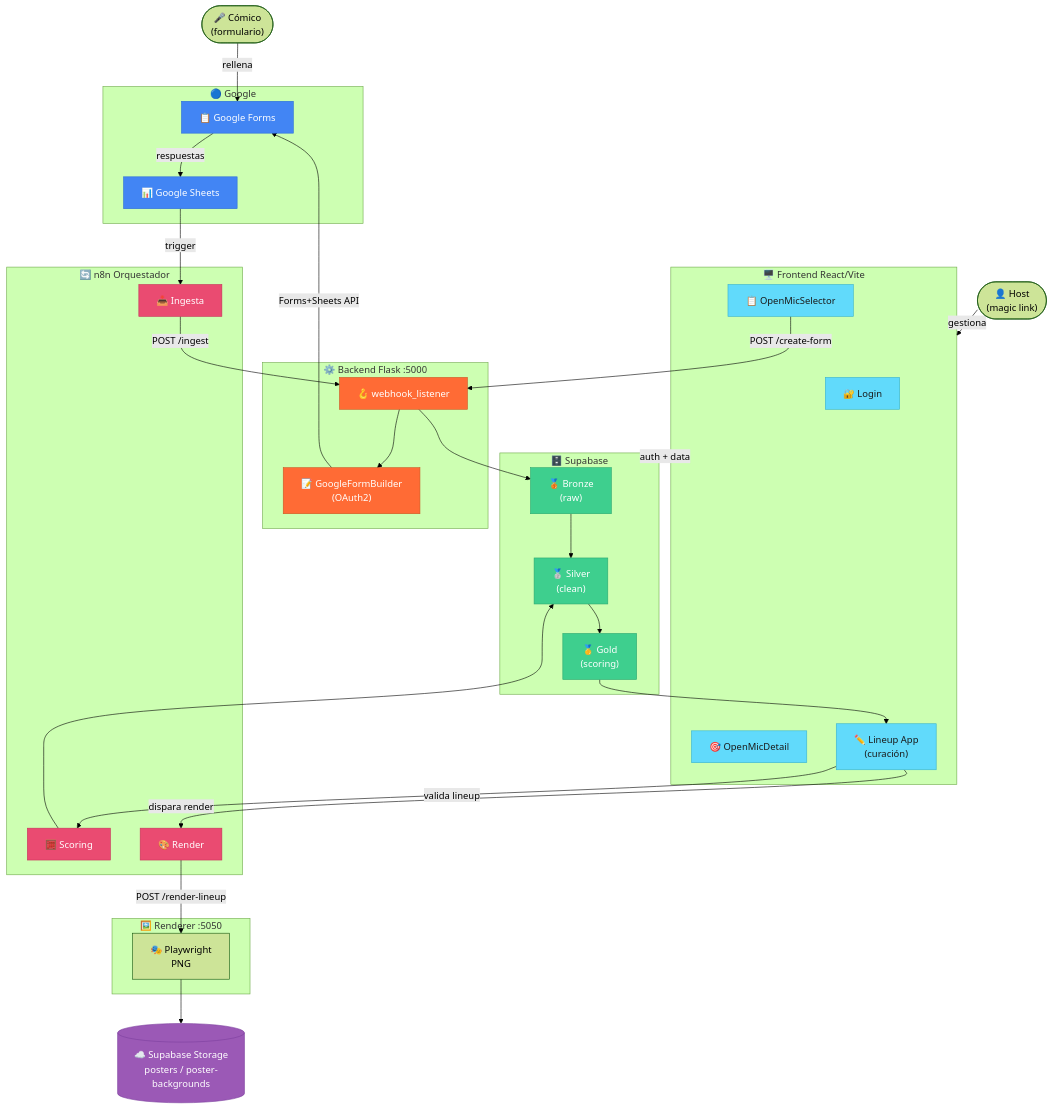
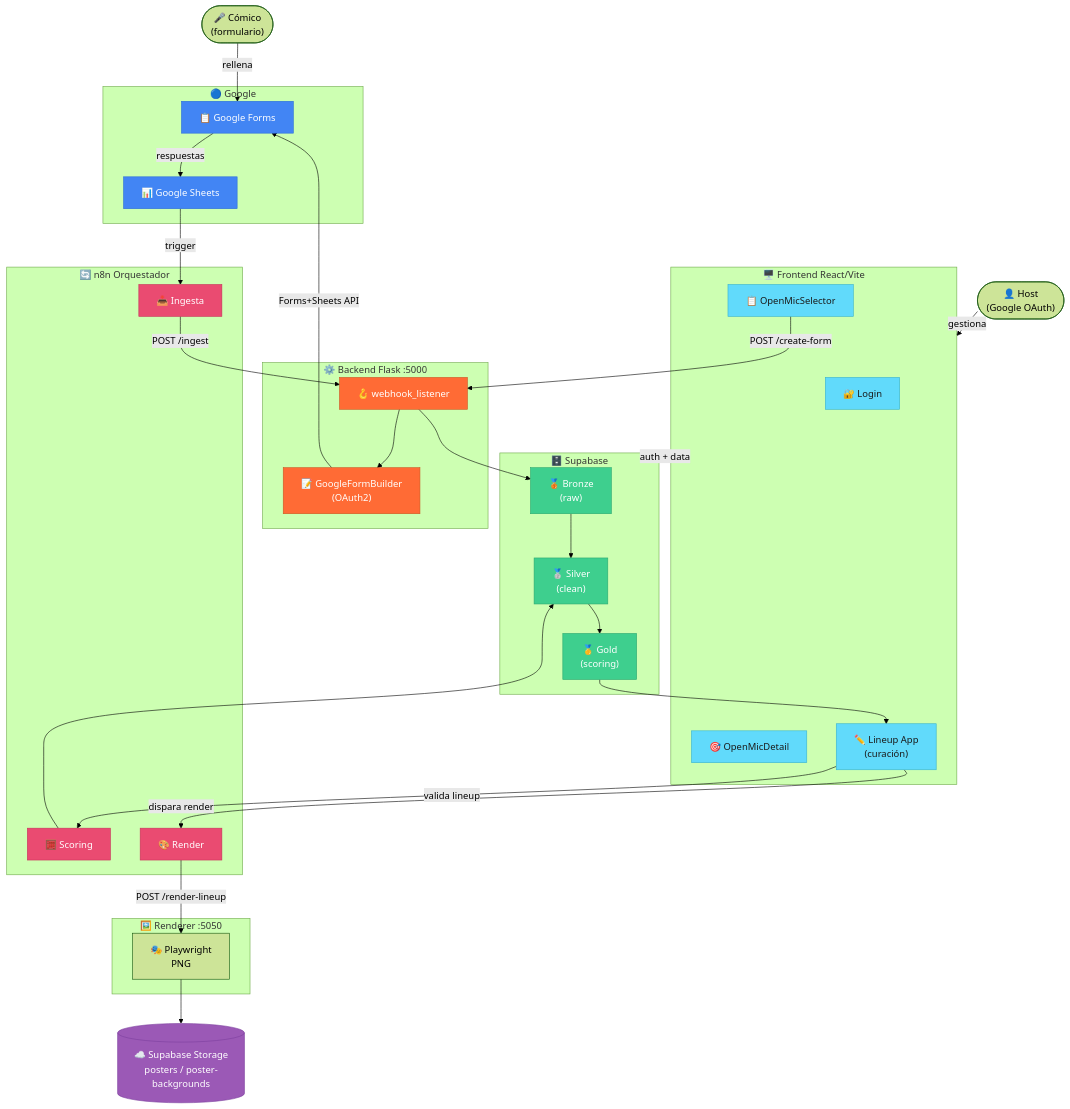
Before and after one commit to SAfonso/recova-project: the diagram in README.md, drawn with Mermaid (forest theme). The commit also changed other lines of this file and 2 other files, not shown here.

````diff
--- a/README.md
+++ b/README.md
@@ -13,80 +13,80 @@
 ```mermaid
 flowchart TD
     classDef google fill:#4285F4,color:#fff,stroke:#2a6dd9
     classDef supabase fill:#3ECF8E,color:#fff,stroke:#29a870
     classDef flask fill:#FF6B35,color:#fff,stroke:#cc5520
     classDef frontend fill:#61DAFB,color:#1a1a1a,stroke:#38b2cc
     classDef n8n fill:#EA4B71,color:#fff,stroke:#c73059
     classDef storage fill:#9B59B6,color:#fff,stroke:#7d3f9e
 
-    Host(["👤 Host\n(magic link)"])
+    Host(["👤 Host\n(Google OAuth)"])
     Comico(["🎤 Cómico\n(formulario)"])
 
     subgraph FE ["🖥️ Frontend React/Vite"]
         Login["🔐 Login"]
         Selector["📋 OpenMicSelector"]
         Detail["🎯 OpenMicDetail"]
         App["✏️ Lineup App\n(curación)"]
     end
 
     subgraph BE ["⚙️ Backend Flask :5000"]
         WH["🪝 webhook_listener"]
         FB["📝 GoogleFormBuilder\n(OAuth2)"]
     end
 
     subgraph Google ["🔵 Google"]
         GF["📋 Google Forms"]
         GS["📊 Google Sheets"]
     end
 
     subgraph Pipe ["🔄 n8n Orquestador"]
         Ingesta["📥 Ingesta"]
         Scoring["🧮 Scoring"]
         Render["🎨 Render"]
     end
 
     subgraph DB ["🗄️ Supabase"]
         Bronze["🥉 Bronze\n(raw)"]
         Silver["🥈 Silver\n(clean)"]
         Gold["🥇 Gold\n(scoring)"]
     end
 
     subgraph Renderer ["🖼️ Renderer :5050"]
         PW["🎭 Playwright\nPNG"]
     end
 
     Storage[("☁️ Supabase Storage\nposters / poster-backgrounds")]
 
     %% Flujo de formulario
     Comico -->|rellena| GF
     Host -->|gestiona| FE
     Selector -->|"POST /create-form"| WH
     WH --> FB
     FB -->|"Forms+Sheets API"| GF
     GF -->|respuestas| GS
 
     %% Ingesta
     GS -->|trigger| Ingesta
     Ingesta -->|"POST /ingest"| WH
     WH --> Bronze --> Silver --> Gold
 
     %% Curación y scoring
     Gold --> App
     App -->|valida lineup| Scoring
     Scoring --> Silver
 
     %% Render
     App -->|"dispara render"| Render
     Render -->|"POST /render-lineup"| PW
     PW --> Storage
 
     %% Auth
     FE <-->|auth + data| DB
 
     class GF,GS google
     class Bronze,Silver,Gold supabase
     class WH,FB flask
     class Login,Selector,Detail,App frontend
     class Ingesta,Scoring,Render n8n
     class Storage storage
 ```
````
